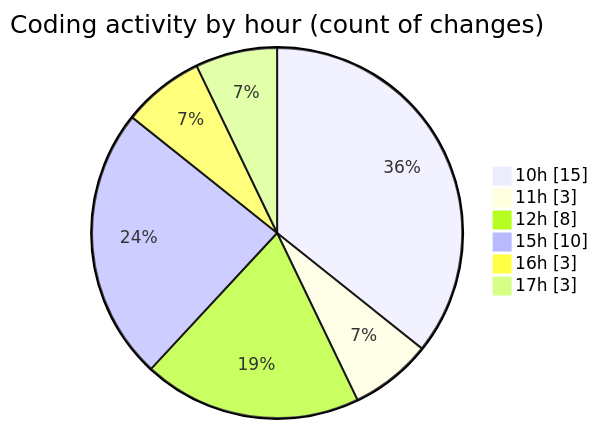
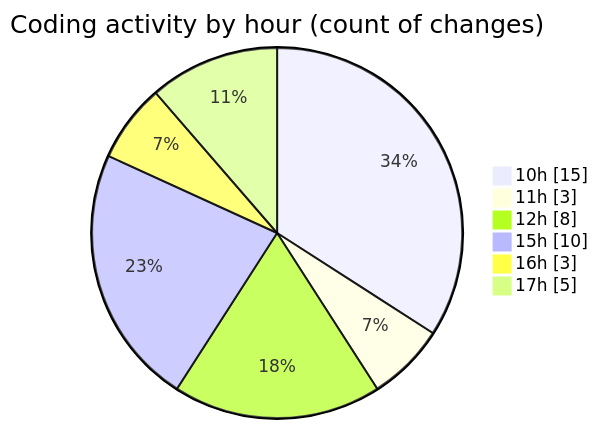
One commit to nxtqubesakshisongat/code-tracking changed the second of 2 diagrams in 2026-02-19/nxtqube_webapp/README.md. Above: the diagram before and after it, drawn with Mermaid. The commit also changed other lines of this file and 1 other file, not shown here.

````diff
--- a/2026-02-19/nxtqube_webapp/README.md
+++ b/2026-02-19/nxtqube_webapp/README.md
@@ -41,10 +41,10 @@
 ```mermaid
 pie showData
 title Coding activity by hour (count of changes)
 "10h" : 15
 "11h" : 3
 "12h" : 8
 "15h" : 10
 "16h" : 3
-"17h" : 3
+"17h" : 5
 ```
````
